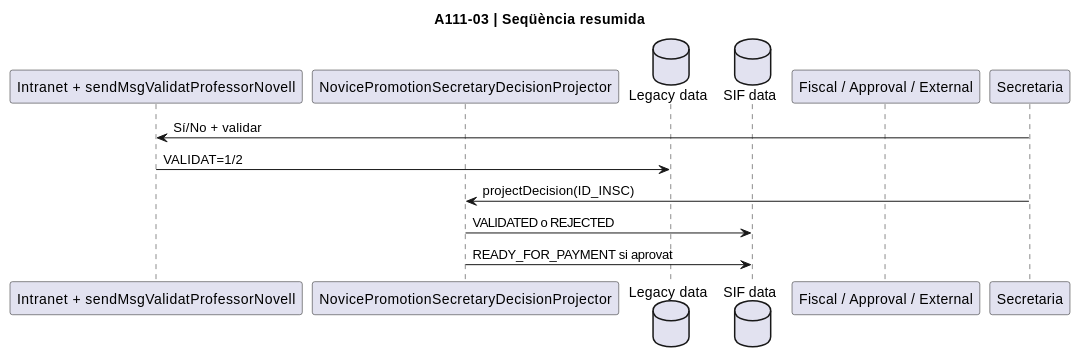
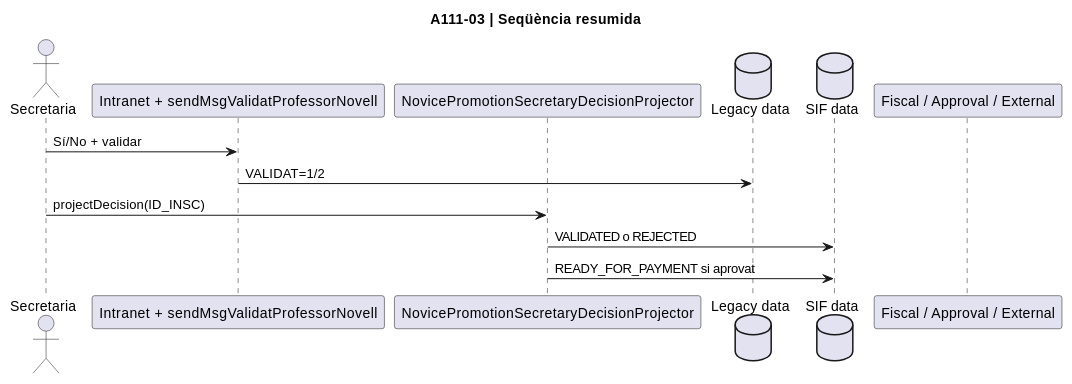
Before and after one commit to orgmeriemprismacat-del/verifactu: diagram 11 of 48 in documentacio/07-uml-integrat/uc-111-diagrames-per-accio.md, drawn with PlantUML. The commit also changed other lines of this file, not shown here.

Commit message:
docs UC-111 per-action UML: declare actors/interfaces explicitly and replace generic transfer/refund participants with exact services

````diff
--- a/documentacio/07-uml-integrat/uc-111-diagrames-per-accio.md
+++ b/documentacio/07-uml-integrat/uc-111-diagrames-per-accio.md
@@ -198,15 +200,16 @@
 ```plantuml
 @startuml
 title A111-03 | Seqüència resumida
+actor Secretaria
 participant "Intranet + sendMsgValidatProfessorNovell" as Legacy
 participant "NovicePromotionSecretaryDecisionProjector" as Final
 database "Legacy data" as LegacyDB
 database "SIF data" as SIFDB
 participant "Fiscal / Approval / External" as Fiscal
 Secretaria -> Legacy : Sí/No + validar
 Legacy -> LegacyDB : VALIDAT=1/2
 Secretaria -> Final : projectDecision(ID_INSC)
 Final -> SIFDB : VALIDATED o REJECTED
 Final -> SIFDB : READY_FOR_PAYMENT si aprovat
 @enduml
 ```
````
